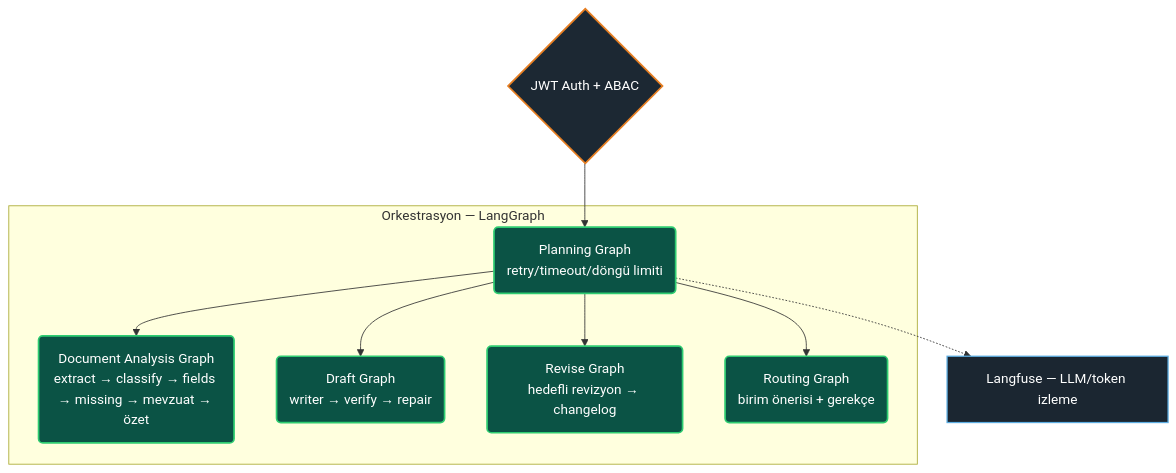
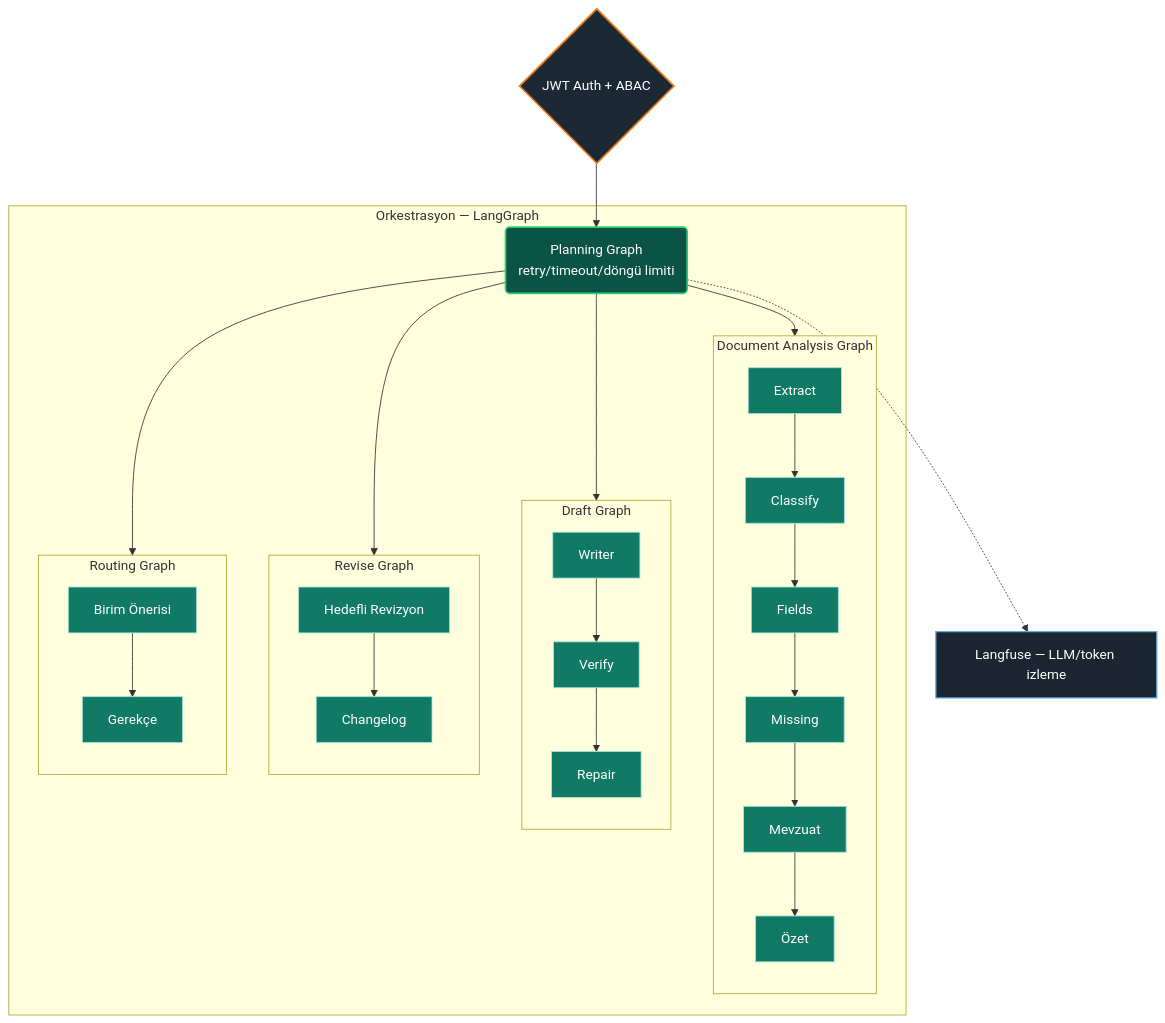
Before and after one commit to chyp3r/KACHOW-Teknofest-2026: the third of 17 diagrams in README.md, drawn with Mermaid. The commit also changed other lines of this file, not shown here.

Commit message:
docs: readme graphs

````diff
--- a/README.md
+++ b/README.md
@@ -192,24 +194,46 @@
 ```mermaid
-graph TD
+flowchart TD
     classDef api fill:#1c2833,stroke:#e67e22,stroke-width:2px,color:#fff;
     classDef orch fill:#0b5345,stroke:#2ecc71,stroke-width:2px,color:#fff;
+    classDef subnode fill:#117a65,stroke:#a3e4d7,stroke-width:1px,color:#fff;
     classDef obs fill:#1b2631,stroke:#5dade2,stroke-width:1.5px,color:#fff;
 
     C{JWT Auth + ABAC}:::api --> P
 
-    subgraph "Orkestrasyon — LangGraph"
+    subgraph Orkestrasyon["Orkestrasyon — LangGraph"]
         P(Planning Graph<br/>retry/timeout/döngü limiti):::orch
-        DA(Document Analysis Graph<br/>extract → classify → fields → missing → mevzuat → özet):::orch
-        DR(Draft Graph<br/>writer → verify → repair):::orch
-        RV(Revise Graph<br/>hedefli revizyon → changelog):::orch
-        RT(Routing Graph<br/>birim önerisi + gerekçe):::orch
+        
+        subgraph DA ["Document Analysis Graph"]
+            direction TB
+            da1[Extract]:::subnode --> da2[Classify]:::subnode
+            da2 --> da3[Fields]:::subnode
+            da3 --> da4[Missing]:::subnode
+            da4 --> da5[Mevzuat]:::subnode
+            da5 --> da6[Özet]:::subnode
+        end
+
+        subgraph DR ["Draft Graph"]
+            direction TB
+            dr1[Writer]:::subnode --> dr2[Verify]:::subnode
+            dr2 --> dr3[Repair]:::subnode
+        end
+
+        subgraph RV ["Revise Graph"]
+            direction TB
+            rv1[Hedefli Revizyon]:::subnode --> rv2[Changelog]:::subnode
+        end
+
+        subgraph RT ["Routing Graph"]
+            direction TB
+            rt1[Birim Önerisi]:::subnode --> rt2[Gerekçe]:::subnode
+        end
         
         P --> DA
         P --> DR
         P --> RV
         P --> RT
     end
     
     O1[Langfuse — LLM/token izleme]:::obs
     P -.-> O1
 ```
````
